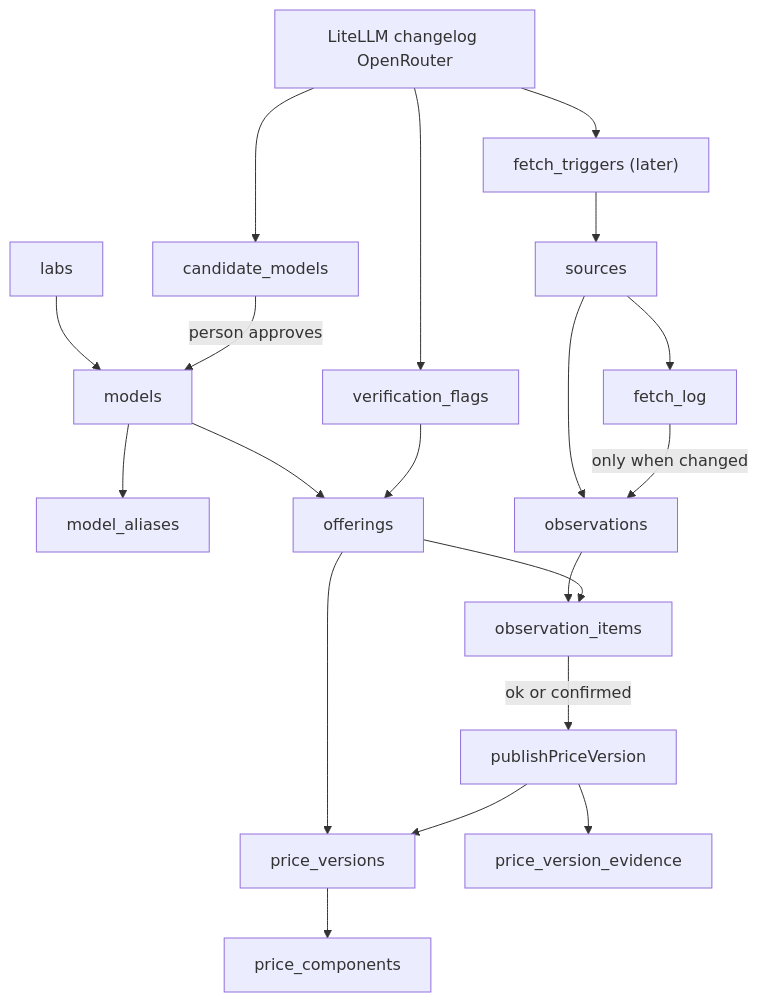
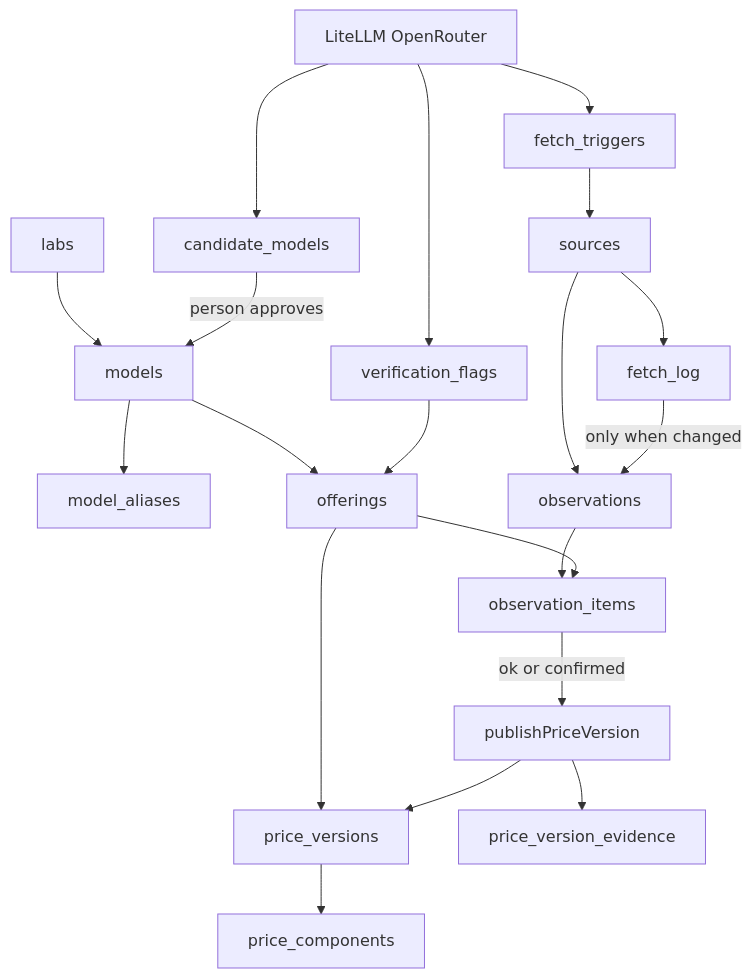
The third of 3 diagrams in docs/architecture.md (theidlebranch/priceTrail), drawn with Mermaid before and after one commit. The commit also changed other lines of this file and 6 other files, not shown here.

Commit message:
Add the fetch_triggers table, so a witness disagreement can ask for an official visit without writing a price.

````diff
--- a/docs/architecture.md
+++ b/docs/architecture.md
@@ -67,24 +67,24 @@
 ```mermaid
 flowchart TD
   labs --> models
   models --> model_aliases
   models --> offerings
   offerings --> price_versions
   price_versions --> price_components
 
   sources --> fetch_log
   sources --> observations
   fetch_log -->|"only when changed"| observations
   observations --> observation_items
   offerings --> observation_items
   observation_items -->|"ok or confirmed"| publishPriceVersion
   publishPriceVersion --> price_versions
   publishPriceVersion --> price_version_evidence
 
-  witnesses[LiteLLM changelog OpenRouter] --> fetch_triggers_later["fetch_triggers (later)"]
+  witnesses[LiteLLM OpenRouter] --> fetch_triggers
   witnesses --> candidate_models
   witnesses --> verification_flags
-  fetch_triggers_later --> sources
+  fetch_triggers --> sources
   candidate_models -->|"person approves"| models
   verification_flags --> offerings
 ```
````
